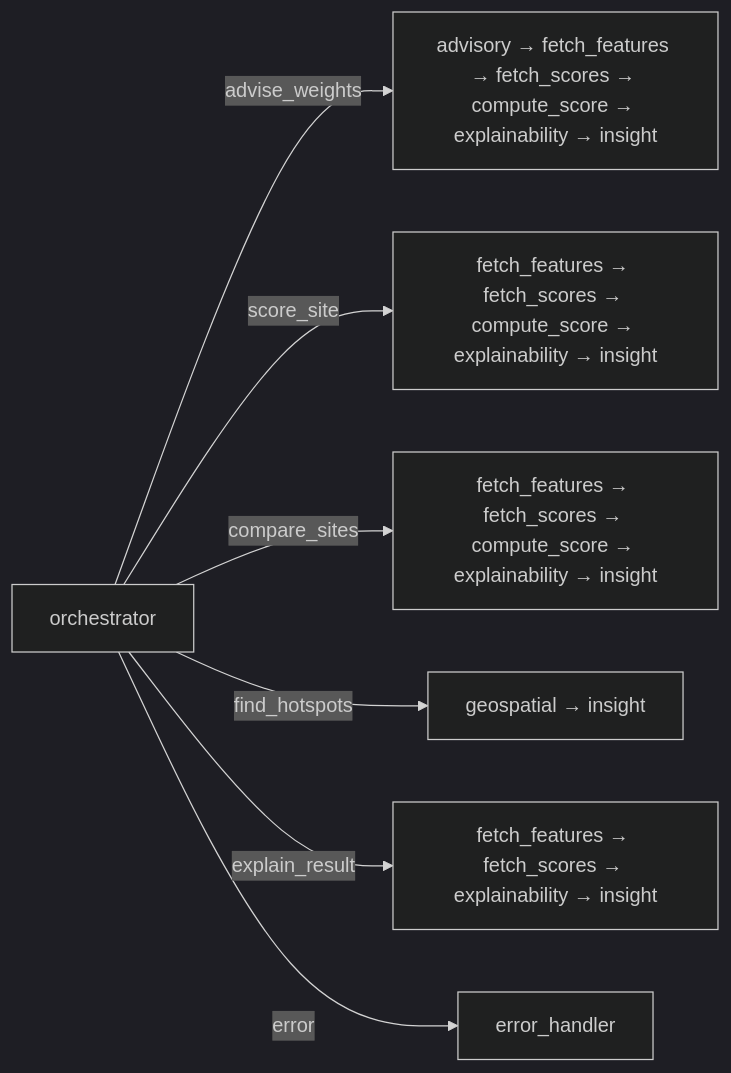
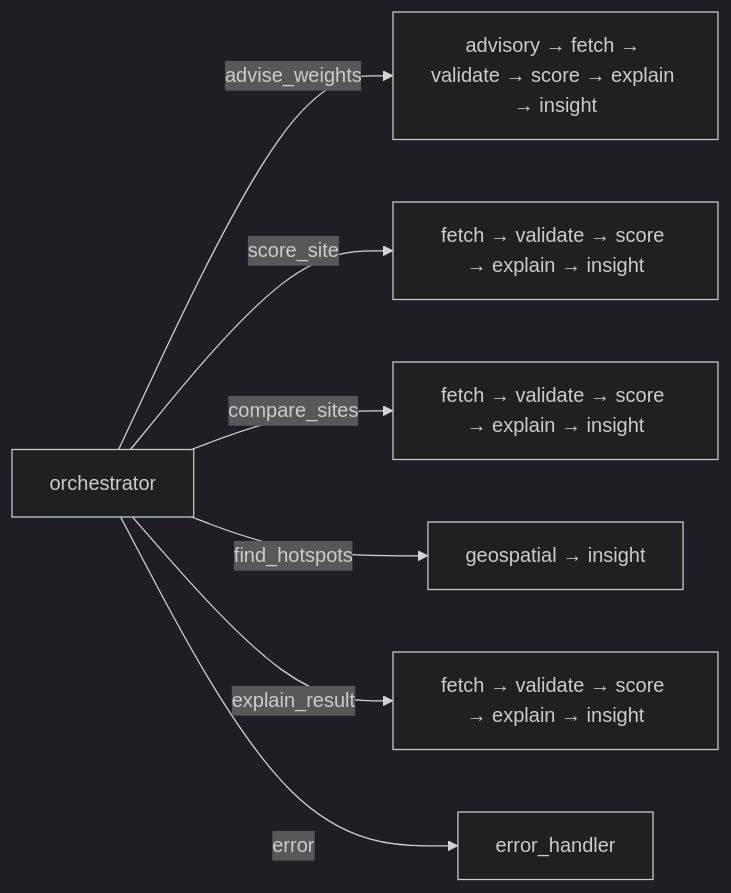
Before and after one commit to code-YK/geospatial_analyzer: the third of 3 diagrams in README.md, drawn with Mermaid (dark theme). The commit also changed other lines of this file and 1 other file, not shown here.

````diff
--- a/README.md
+++ b/README.md
@@ -172,9 +219,9 @@
 ```mermaid
 flowchart LR
-    O["orchestrator"] --> |advise_weights| A["advisory → fetch_features → fetch_scores → compute_score → explainability → insight"]
-    O --> |score_site| B["fetch_features → fetch_scores → compute_score → explainability → insight"]
-    O --> |compare_sites| C["fetch_features → fetch_scores → compute_score → explainability → insight"]
+    O["orchestrator"] --> |advise_weights| A["advisory → fetch → validate → score → explain → insight"]
+    O --> |score_site| B["fetch → validate → score → explain → insight"]
+    O --> |compare_sites| C["fetch → validate → score → explain → insight"]
     O --> |find_hotspots| D["geospatial → insight"]
-    O --> |explain_result| E["fetch_features → fetch_scores → explainability → insight"]
+    O --> |explain_result| E["fetch → validate → score → explain → insight"]
     O --> |error| F["error_handler"]
 ```
````
